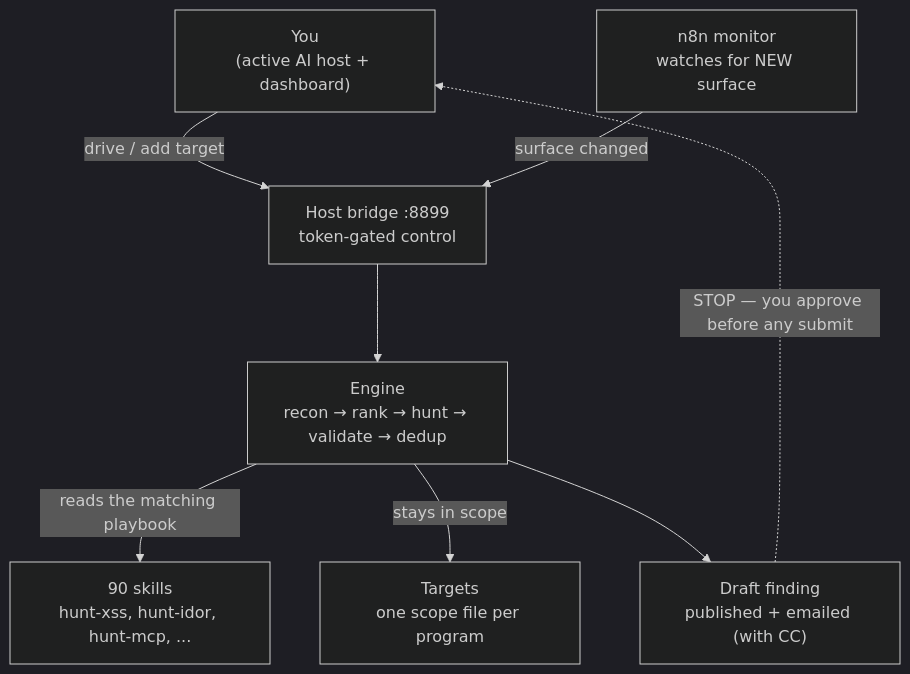
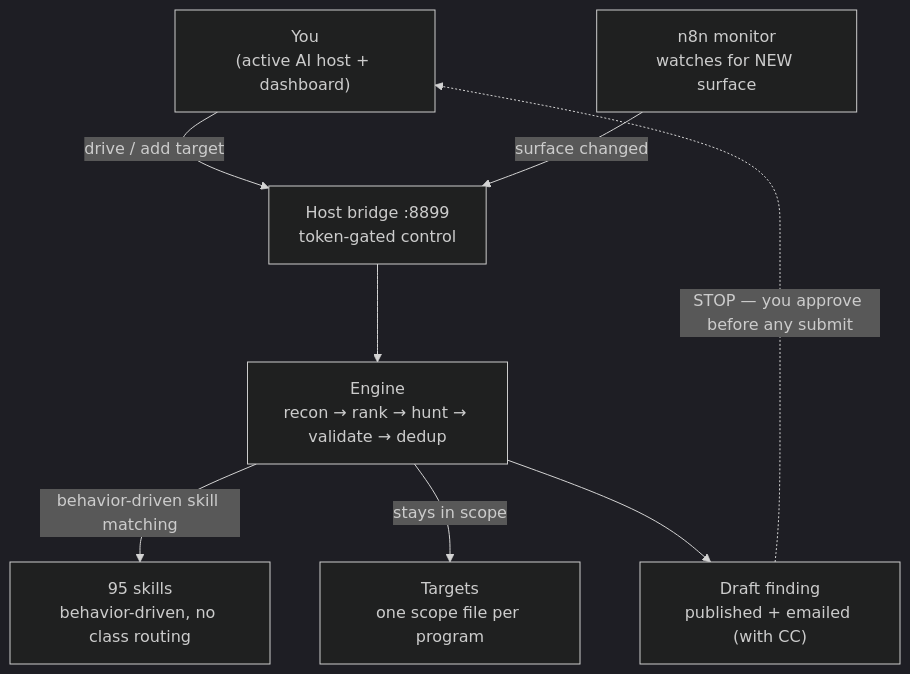
One commit to Mahmoud-Fawzi-Fayed/0xray-hunt-harness changed the first of 3 diagrams in README.md. Above: the diagram before and after it, drawn with Mermaid (dark theme). The commit also changed other lines of this file and 34 other files, not shown here.

````diff
--- a/README.md
+++ b/README.md
@@ -33,18 +34,18 @@
 ```mermaid
 flowchart TB
     U["You<br/>(active AI host + dashboard)"]
     N["n8n monitor<br/>watches for NEW surface"]
     BR["Host bridge :8899<br/>token-gated control"]
     EN["Engine<br/>recon → rank → hunt → validate → dedup"]
-    SK["90 skills<br/>hunt-xss, hunt-idor, hunt-mcp, ..."]
+    SK["95 skills<br/>behavior-driven, no class routing"]
     TG["Targets<br/>one scope file per program"]
     OUT["Draft finding<br/>published + emailed (with CC)"]
 
     U -->|drive / add target| BR
     N -->|surface changed| BR
     BR --> EN
-    EN -->|reads the matching playbook| SK
+    EN -->|behavior-driven skill matching| SK
     EN -->|stays in scope| TG
     EN --> OUT
     OUT -.->|STOP — you approve before any submit| U
 ```
````
